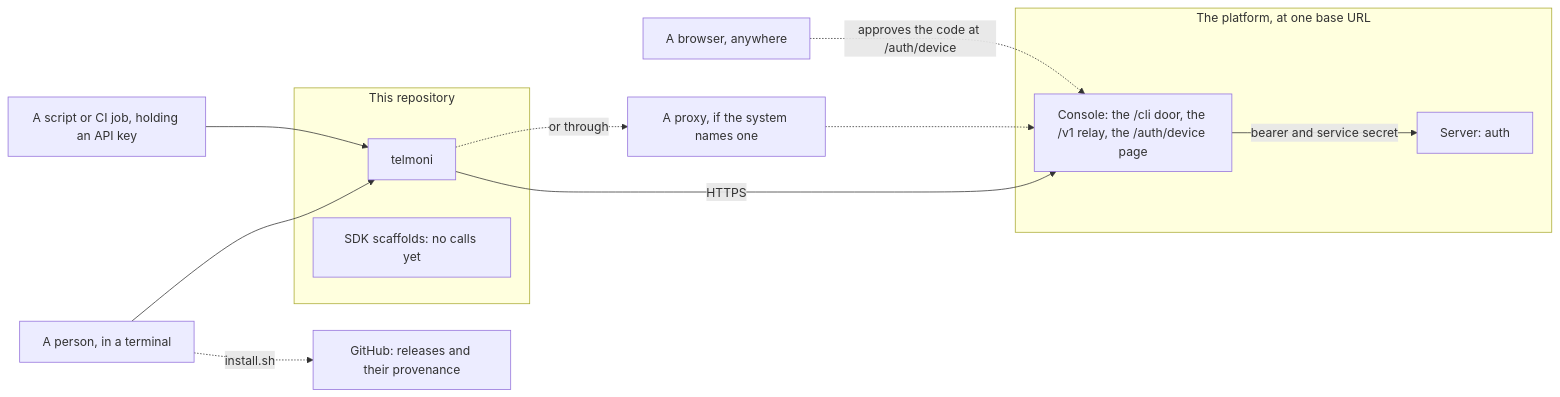
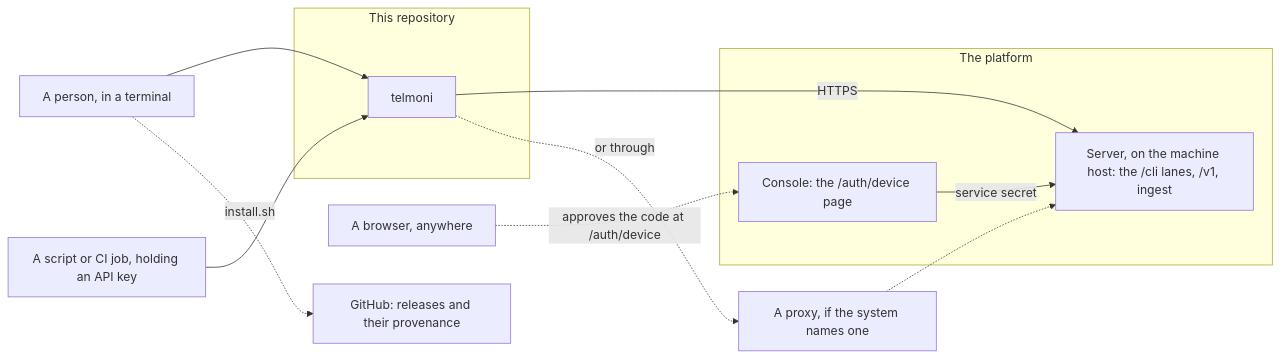
The first of 2 diagrams in ARCHITECTURE.md (telmoni/telmoni-cli), drawn with Mermaid before and after one commit. The commit also changed other lines of this file and 5 other files, not shown here.

First line of the commit message:
feat: sign in and read through the platform's machine host by default

````diff
--- a/ARCHITECTURE.md
+++ b/ARCHITECTURE.md
@@ -72,24 +70,23 @@
 ```mermaid
 flowchart LR
   Person["A person, in a terminal"]
   Machine["A script or CI job, holding an API key"]
   Browser["A browser, anywhere"]
   subgraph Repo["This repository"]
     CLI["telmoni"]
-    SDKs["SDK scaffolds: no calls yet"]
   end
   Proxy["A proxy, if the system names one"]
-  subgraph Platform["The platform, at one base URL"]
-    Console["Console: the /cli door, the /v1 relay, the /auth/device page"]
-    Server["Server: auth"]
+  subgraph Platform["The platform"]
+    Server["Server, on the machine host: the /cli lanes, /v1, ingest"]
+    Console["Console: the /auth/device page"]
   end
   GitHub["GitHub: releases and their provenance"]
   Person --> CLI
   Machine --> CLI
-  CLI -->|"HTTPS"| Console
+  CLI -->|"HTTPS"| Server
   CLI -.->|"or through"| Proxy
-  Proxy -.-> Console
-  Console -->|"bearer and service secret"| Server
+  Proxy -.-> Server
   Browser -.->|"approves the code at /auth/device"| Console
+  Console -->|"service secret"| Server
   Person -.->|"install.sh"| GitHub
 ```
````
